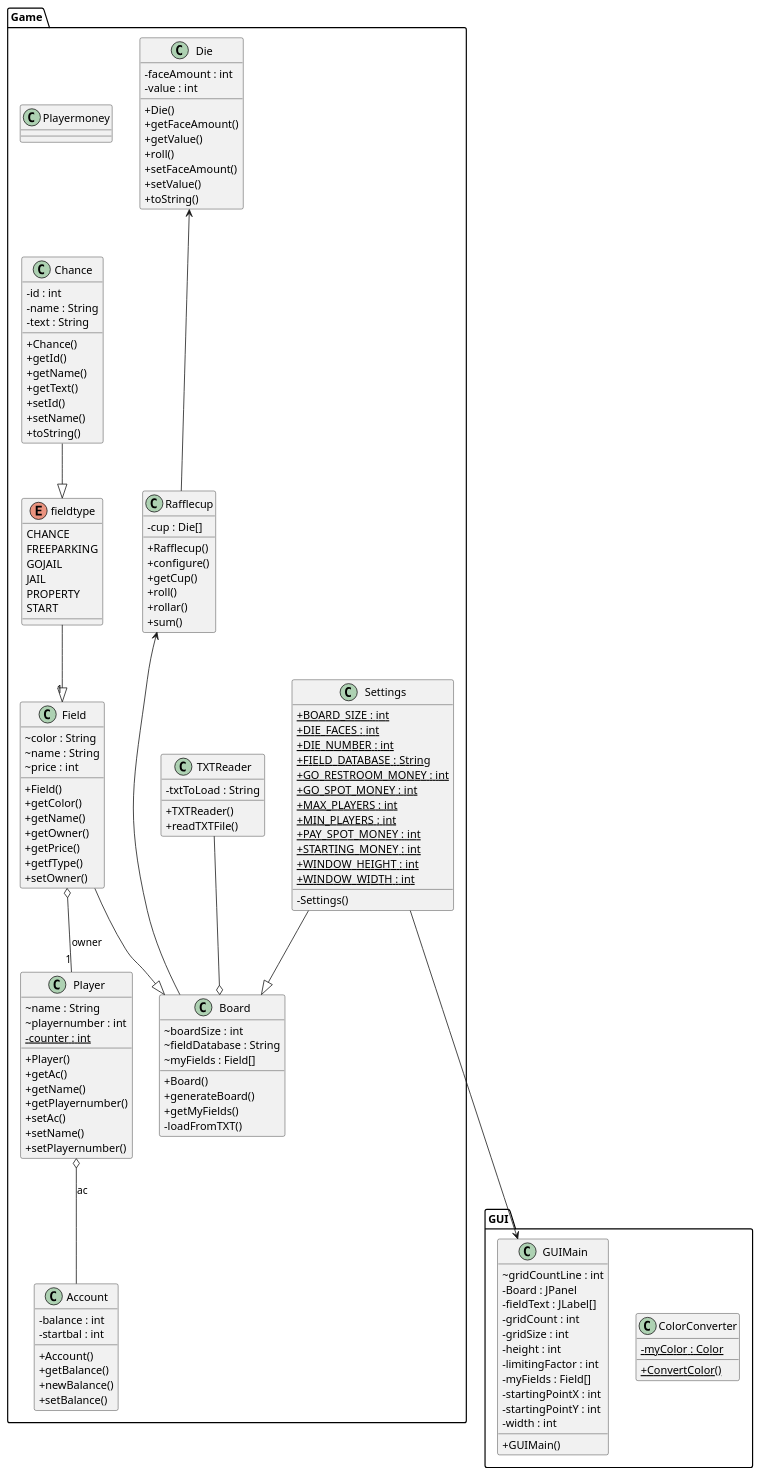
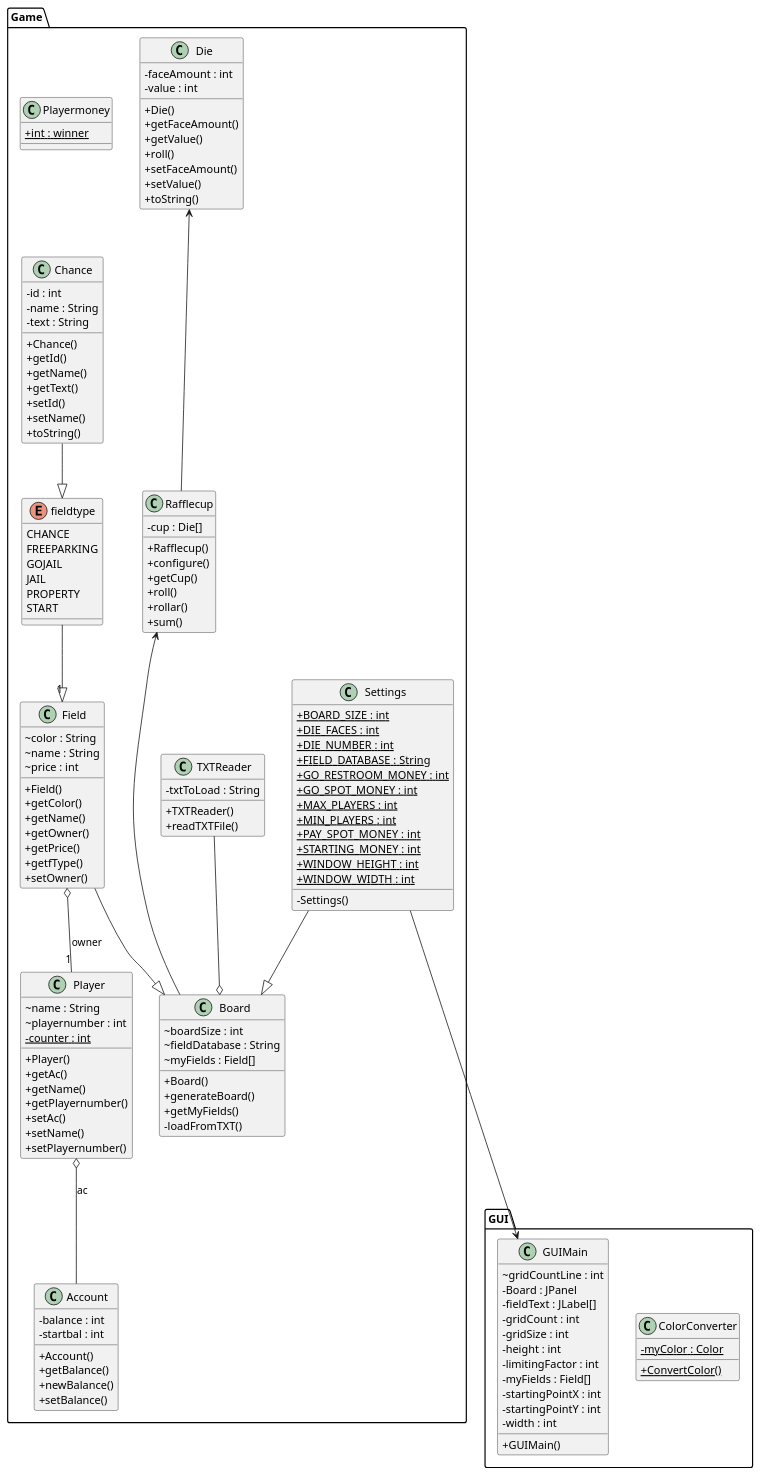
One commit to GoodGithubAccount/02_CDIO3 changed the diagram in src/main/java/Game/Diagrams/DesignClassDiagram.puml. Above: the diagram before and after it, drawn with PlantUML. The commit also changed 16 other files, not shown here.

```diff
--- a/src/main/java/Game/Diagrams/DesignClassDiagram.puml
+++ b/src/main/java/Game/Diagrams/DesignClassDiagram.puml
@@ -1,176 +1,177 @@
 @startuml
 
 skinparam classAttributeIconSize 0
 
   namespace Game {
     class Game.Account {
         - balance : int
         - startbal : int
         + Account()
         + getBalance()
         + newBalance()
         + setBalance()
     }
   }
   namespace Game {
     class Game.Board {
         ~ boardSize : int
         ~ fieldDatabase : String
         ~ myFields : Field[]
         + Board()
         + generateBoard()
         + getMyFields()
         - loadFromTXT()
     }
   }
 
   namespace Game {
     class Game.Chance {
         - id : int
         - name : String
         - text : String
         + Chance()
         + getId()
         + getName()
         + getText()
         + setId()
         + setName()
         + toString()
     }
   }
 
   namespace Game {
     class Game.Die {
         - faceAmount : int
         - value : int
         + Die()
         + getFaceAmount()
         + getValue()
         + roll()
         + setFaceAmount()
         + setValue()
         + toString()
     }
   }
 
   namespace Game {
     class Game.Field {
         ~ color : String
         ~ name : String
         ~ price : int
         + Field()
         + getColor()
         + getName()
         + getOwner()
         + getPrice()
         + getfType()
         + setOwner()
     }
   }
 
   namespace Game {
     enum fieldtype {
       CHANCE
       FREEPARKING
       GOJAIL
       JAIL
       PROPERTY
       START
     }
   }
 
   namespace Game {
     class Game.Player {
         ~ name : String
         ~ playernumber : int
         {static} - counter : int
         + Player()
         + getAc()
         + getName()
         + getPlayernumber()
         + setAc()
         + setName()
         + setPlayernumber()
     }
   }
 
   namespace Game {
     class Game.Rafflecup {
         - cup : Die[]
         + Rafflecup()
         + configure()
         + getCup()
         + roll()
         + rollar()
         + sum()
     }
   }
 
   namespace Game {
     class Game.Settings {
         {static} + BOARD_SIZE : int
         {static} + DIE_FACES : int
         {static} + DIE_NUMBER : int
         {static} + FIELD_DATABASE : String
         {static} + GO_RESTROOM_MONEY : int
         {static} + GO_SPOT_MONEY : int
         {static} + MAX_PLAYERS : int
         {static} + MIN_PLAYERS : int
         {static} + PAY_SPOT_MONEY : int
         {static} + STARTING_MONEY : int
         {static} + WINDOW_HEIGHT : int
         {static} + WINDOW_WIDTH : int
         - Settings()
     }
   }
 
   namespace Game {
     class Game.TXTReader {
         - txtToLoad : String
         + TXTReader()
         + readTXTFile()
     }
   }
 namespace Game {
-class Game.Playermoney
-
+class Game.Playermoney {
+ {static} + int : winner
+}
 }
   namespace GUI {
       class GUI.ColorConverter {
           {static} - myColor : Color
           {static} + ConvertColor()
       }
     }
 
     namespace GUI {
       class GUI.GUIMain {
           ~ gridCountLine : int
           - Board : JPanel
           - fieldText : JLabel[]
           - gridCount : int
           - gridSize : int
           - height : int
           - limitingFactor : int
           - myFields : Field[]
           - startingPointX : int
           - startingPointY : int
           - width : int
           + GUIMain()
       }
     }
 
   Game.Field o-- "1" Game.Player : owner
 
   Game.Player o-- Game.Account : ac
     Game.Field --|> Game.Board
     Game.Settings --|> Game.Board
 Game.Die <--- Game.Rafflecup
 Game.fieldtype --|> "1" Game.Field
 Game.Settings ---> GUI.GUIMain
 Game.Chance --|> Game.fieldtype
 Game.TXTReader --o Game.Board
 Game.Rafflecup <--- Game.Board
 
 
 
 @enduml
```
